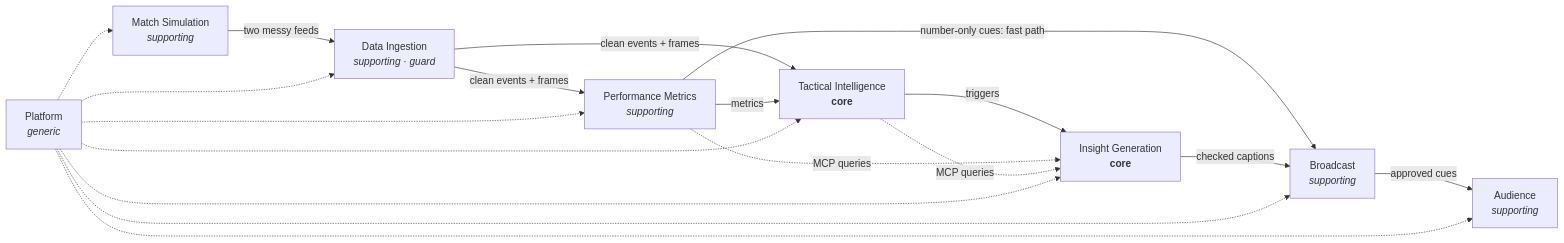
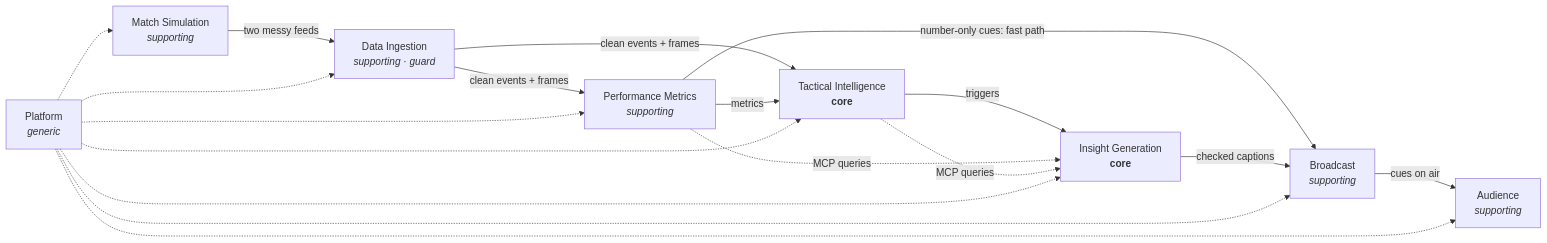
Before and after one commit to PRACHIT27/offball: the first of 5 diagrams in docs/design/hld.md, drawn with Mermaid. The commit also changed other lines of this file and 8 other files, not shown here.

Commit message:
Data Ingestion and Performance Metrics designs; cues go on air without approval

````diff
--- a/docs/design/hld.md
+++ b/docs/design/hld.md
@@ -63,14 +63,14 @@
 ```mermaid
 flowchart LR
   SIM["Match Simulation<br/><i>supporting</i>"] -->|two messy feeds| ING["Data Ingestion<br/><i>supporting · guard</i>"]
   ING -->|clean events + frames| MET["Performance Metrics<br/><i>supporting</i>"]
   ING -->|clean events + frames| TAC["Tactical Intelligence<br/><b>core</b>"]
   MET -->|metrics| TAC
   TAC -->|triggers| INS["Insight Generation<br/><b>core</b>"]
   MET -. MCP queries .-> INS
   TAC -. MCP queries .-> INS
   MET -->|number-only cues: fast path| BRD["Broadcast<br/><i>supporting</i>"]
   INS -->|checked captions| BRD
-  BRD -->|approved cues| AUD["Audience<br/><i>supporting</i>"]
+  BRD -->|cues on air| AUD["Audience<br/><i>supporting</i>"]
   PLT["Platform<br/><i>generic</i>"] -.-> SIM & ING & MET & TAC & INS & BRD & AUD
 ```
````
